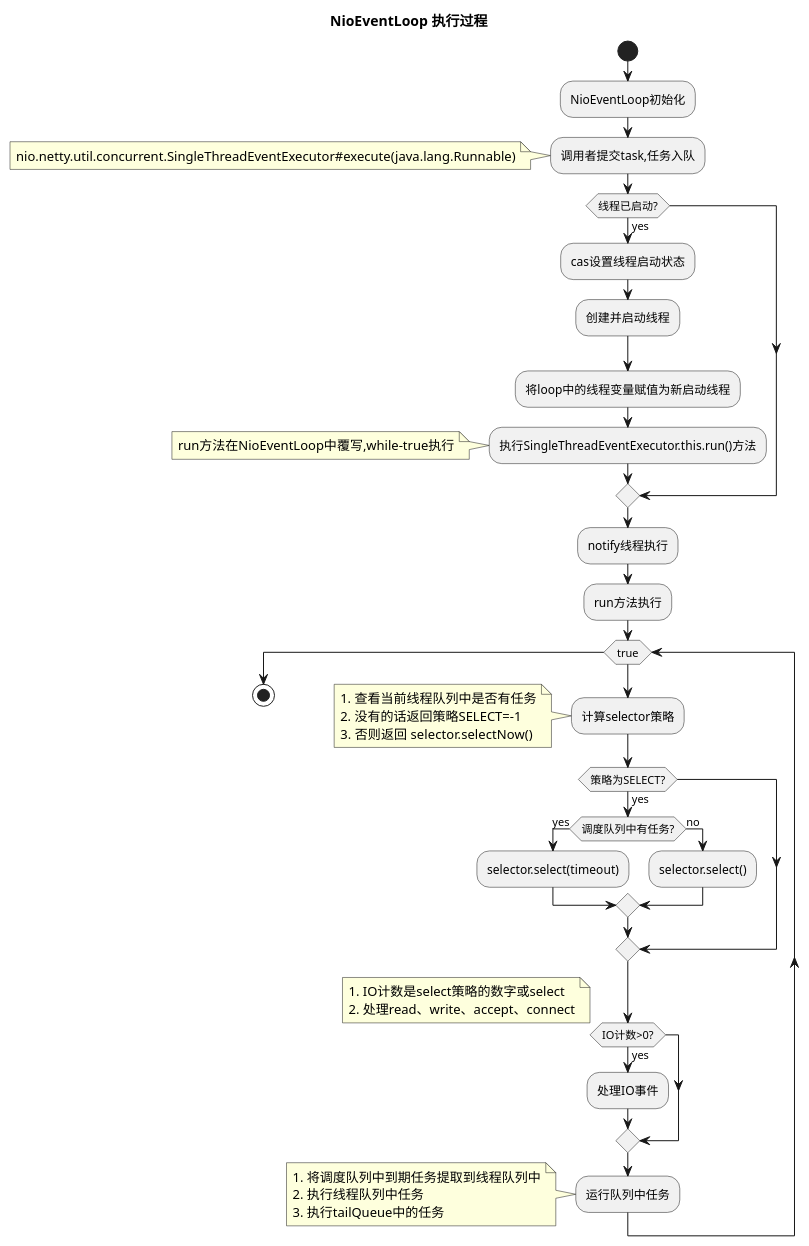
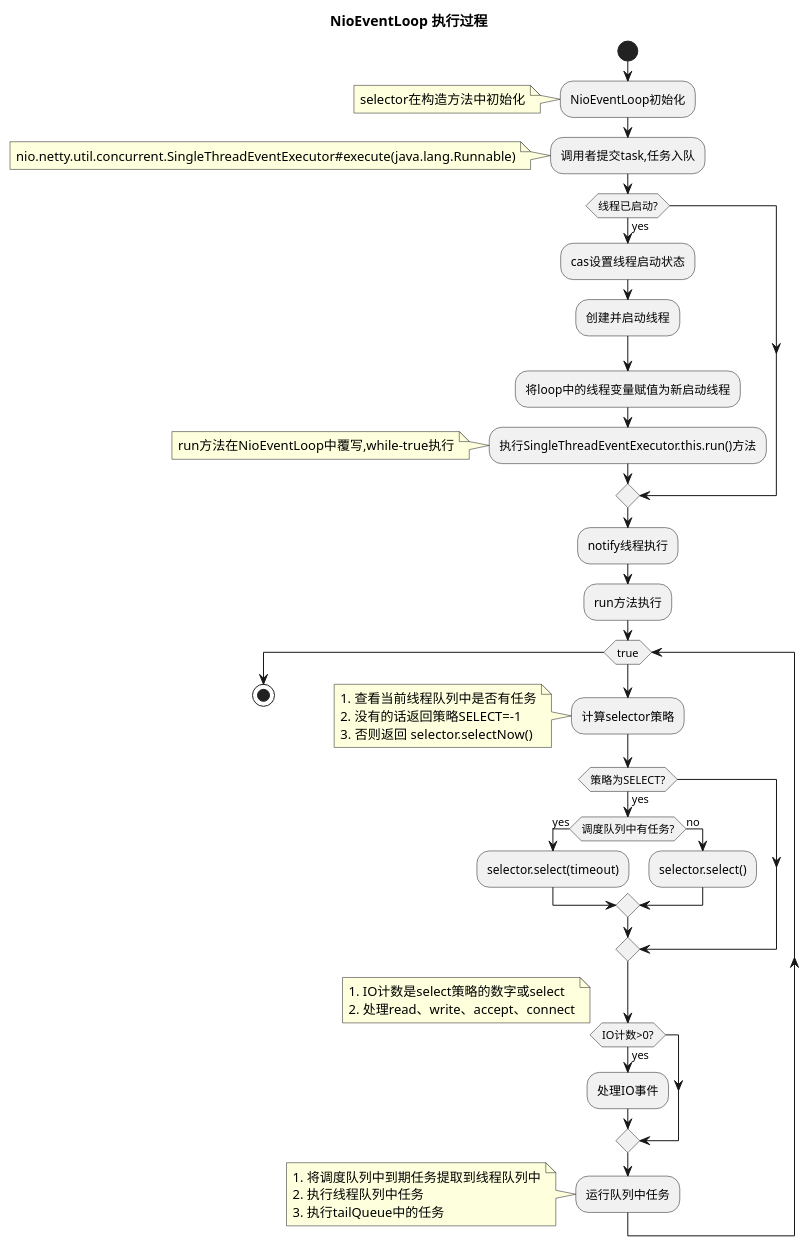
Before and after one commit to Mark-WJQ/doc: the second of 3 diagrams in netty/Netty流程.puml, drawn with PlantUML. The commit also changed other lines of this file and 4 other files, not shown here.

```diff
--- a/netty/Netty流程.puml
+++ b/netty/Netty流程.puml
@@ -82,49 +82,52 @@
 @startuml
 title NioEventLoop 执行过程
 start
 :NioEventLoop初始化;
+note
+selector在构造方法中初始化
+end note
 :调用者提交task,任务入队;
 note
 nio.netty.util.concurrent.SingleThreadEventExecutor#execute(java.lang.Runnable)
 end note
 if (线程已启动?) is (yes) then
   :cas设置线程启动状态;
   :创建并启动线程;
   :将loop中的线程变量赋值为新启动线程;
   :执行SingleThreadEventExecutor.this.run()方法;
   note
     run方法在NioEventLoop中覆写,while-true执行
   end note
 endif
 :notify线程执行;
 :run方法执行;
 while (true)
   :计算selector策略;
   note
   1. 查看当前线程队列中是否有任务
   2. 没有的话返回策略SELECT=-1
   3. 否则返回 selector.selectNow()
   end note
   if (策略为SELECT?) is (yes) then
     if (调度队列中有任务?) is (yes) then
       :selector.select(timeout);
     else (no)
       :selector.select();
     endif
   endif
   if (IO计数>0?) is (yes) then
     :处理IO事件;
   endif
    note
     1. IO计数是select策略的数字或select
     2. 处理read、write、accept、connect
    end note
   :运行队列中任务;
   note
   1. 将调度队列中到期任务提取到线程队列中
   2. 执行线程队列中任务
   3. 执行tailQueue中的任务
   end note
 endwhile
 stop
 @enduml
```
